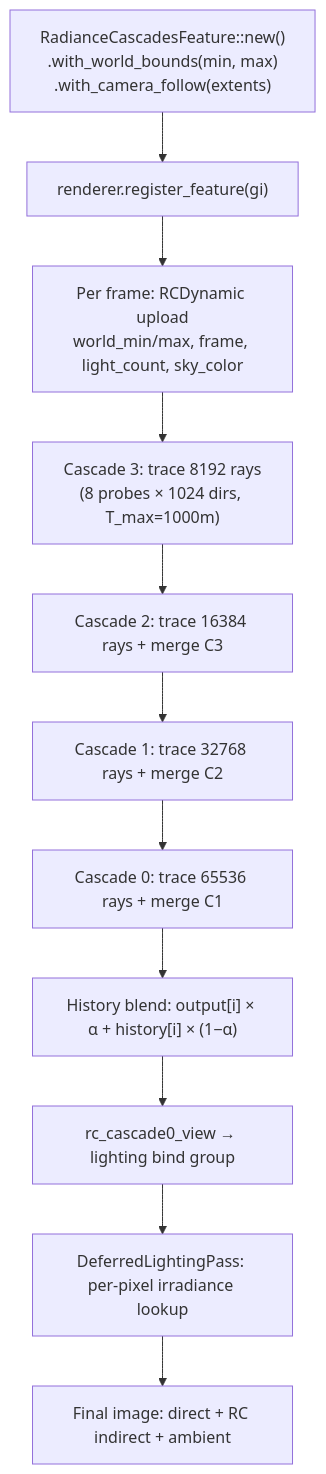
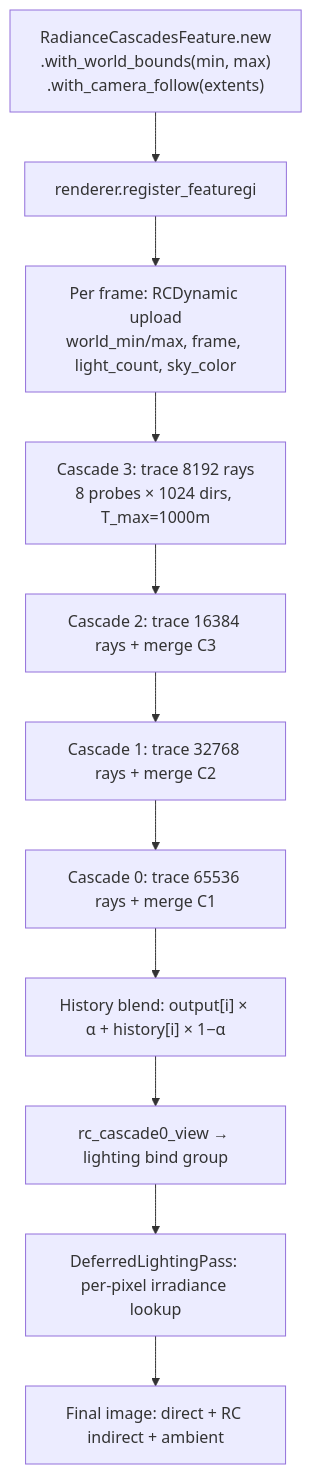
The seventh of 7 diagrams in public/docs/core-concepts/Helio/radiance-cascades.md (Far-Beyond-Pulsar/docs), drawn with Mermaid before and after one commit. The commit also changed other lines of this file and 10 other files, not shown here.

First line of the commit message:
Use HTML <br/> and quoted labels in mermaid

````diff
--- a/public/docs/core-concepts/Helio/radiance-cascades.md
+++ b/public/docs/core-concepts/Helio/radiance-cascades.md
@@ -724,13 +724,13 @@
 ```mermaid
 flowchart TD
-    A["RadianceCascadesFeature::new()\n.with_world_bounds(min, max)\n.with_camera_follow(extents)"] --> B["renderer.register_feature(gi)"]
-    B --> C["Per frame: RCDynamic upload\nworld_min/max, frame, light_count, sky_color"]
-    C --> D["Cascade 3: trace 8192 rays\n(8 probes × 1024 dirs, T_max=1000m)"]
+    A["RadianceCascadesFeature.new<br/>.with_world_bounds(min, max)<br/>.with_camera_follow(extents)"] --> B["renderer.register_featuregi"]
+    B --> C["Per frame: RCDynamic upload<br/>world_min/max, frame, light_count, sky_color"]
+    C --> D["Cascade 3: trace 8192 rays<br/>8 probes × 1024 dirs, T_max=1000m"]
     D --> E["Cascade 2: trace 16384 rays + merge C3"]
     E --> F["Cascade 1: trace 32768 rays + merge C2"]
     F --> G["Cascade 0: trace 65536 rays + merge C1"]
-    G --> H["History blend: output[i] × α + history[i] × (1−α)"]
+    G --> H["History blend: output[i] × α + history[i] × 1−α"]
     H --> I["rc_cascade0_view → lighting bind group"]
     I --> J["DeferredLightingPass: per-pixel irradiance lookup"]
     J --> K["Final image: direct + RC indirect + ambient"]
 ```
````
